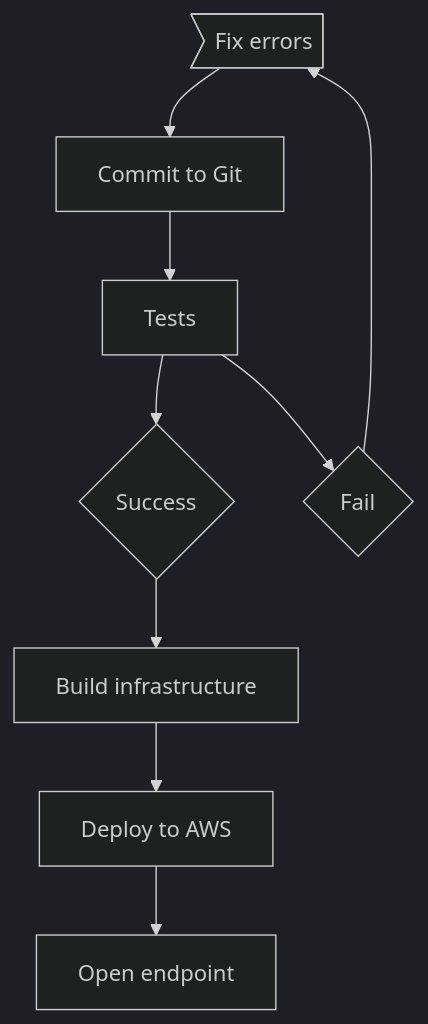
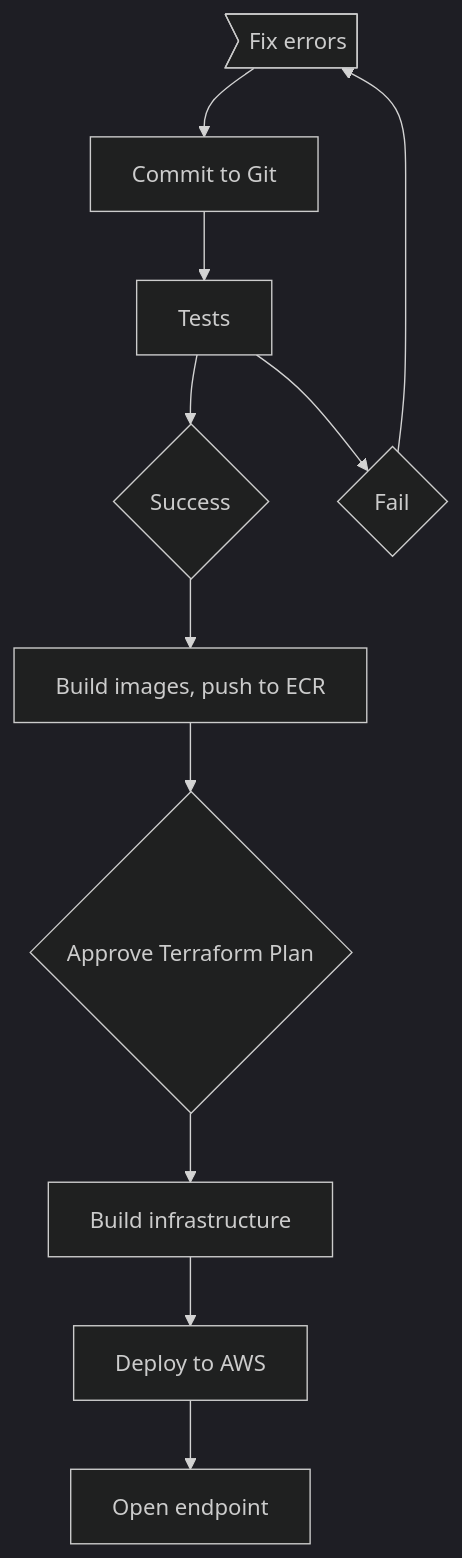
One commit to martinez989/marcin_komor_ta changed the first of 2 diagrams in README.md. Above: the diagram before and after it, drawn with Mermaid (dark theme). The commit also changed other lines of this file, not shown here.

````diff
--- a/README.md
+++ b/README.md
@@ -21,8 +26,8 @@
 ```mermaid
 graph TD
     A[Jumphost] --> B[Commit to Git] --> C[GitHub Action]
     C[Tests] --> C1{Success}
     C --> C2{Fail} --> A>Fix errors]
-    C1 --> E[Build infrastructure] --> F[Deploy to AWS] --> G[Open endpoint]
+    C1 --> E[Build images, push to ECR] --> D{Approve Terraform Plan} --> E1[Build infrastructure] --> F[Deploy to AWS] --> G[Open endpoint]
 
 ```
````
